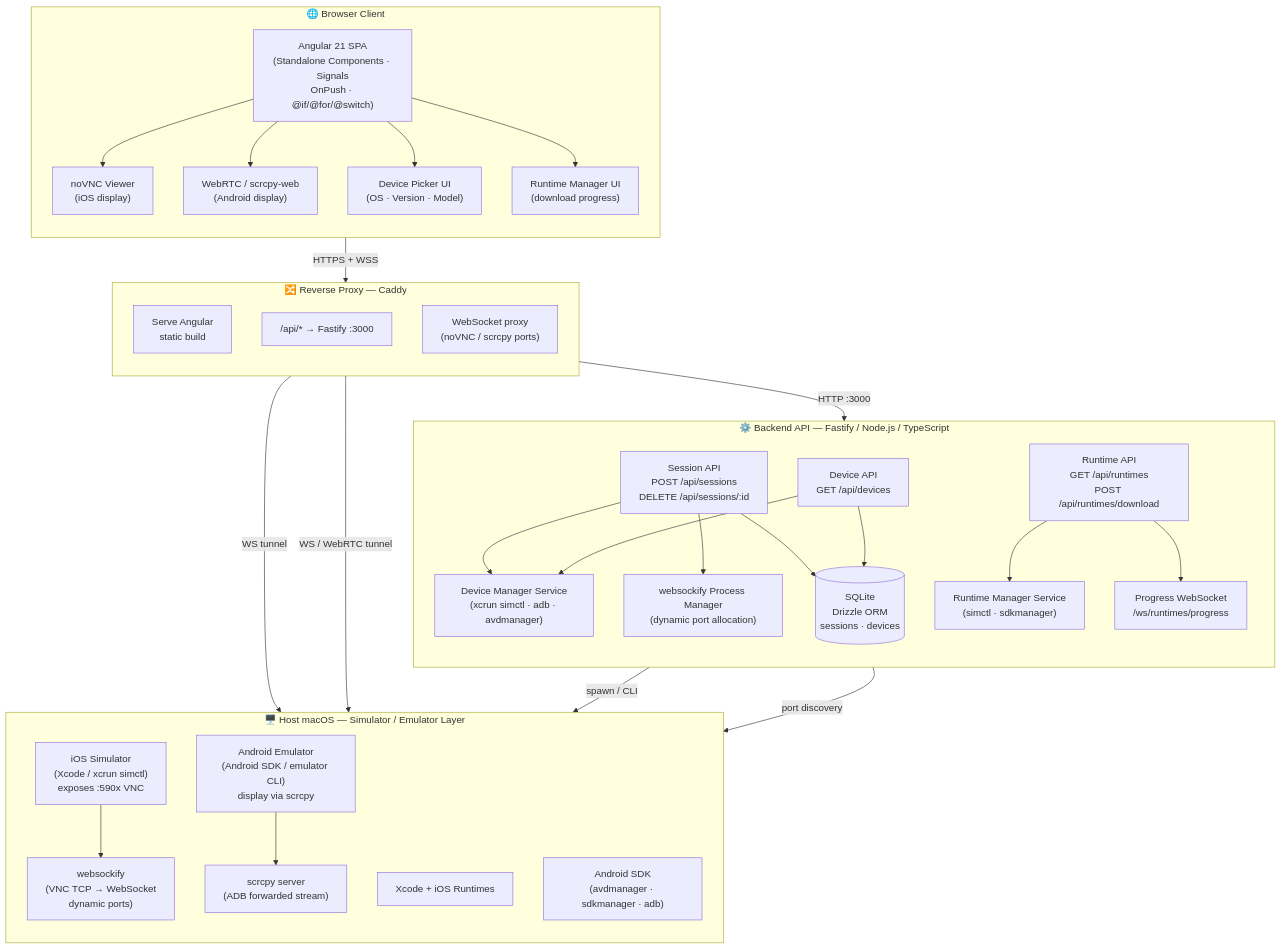
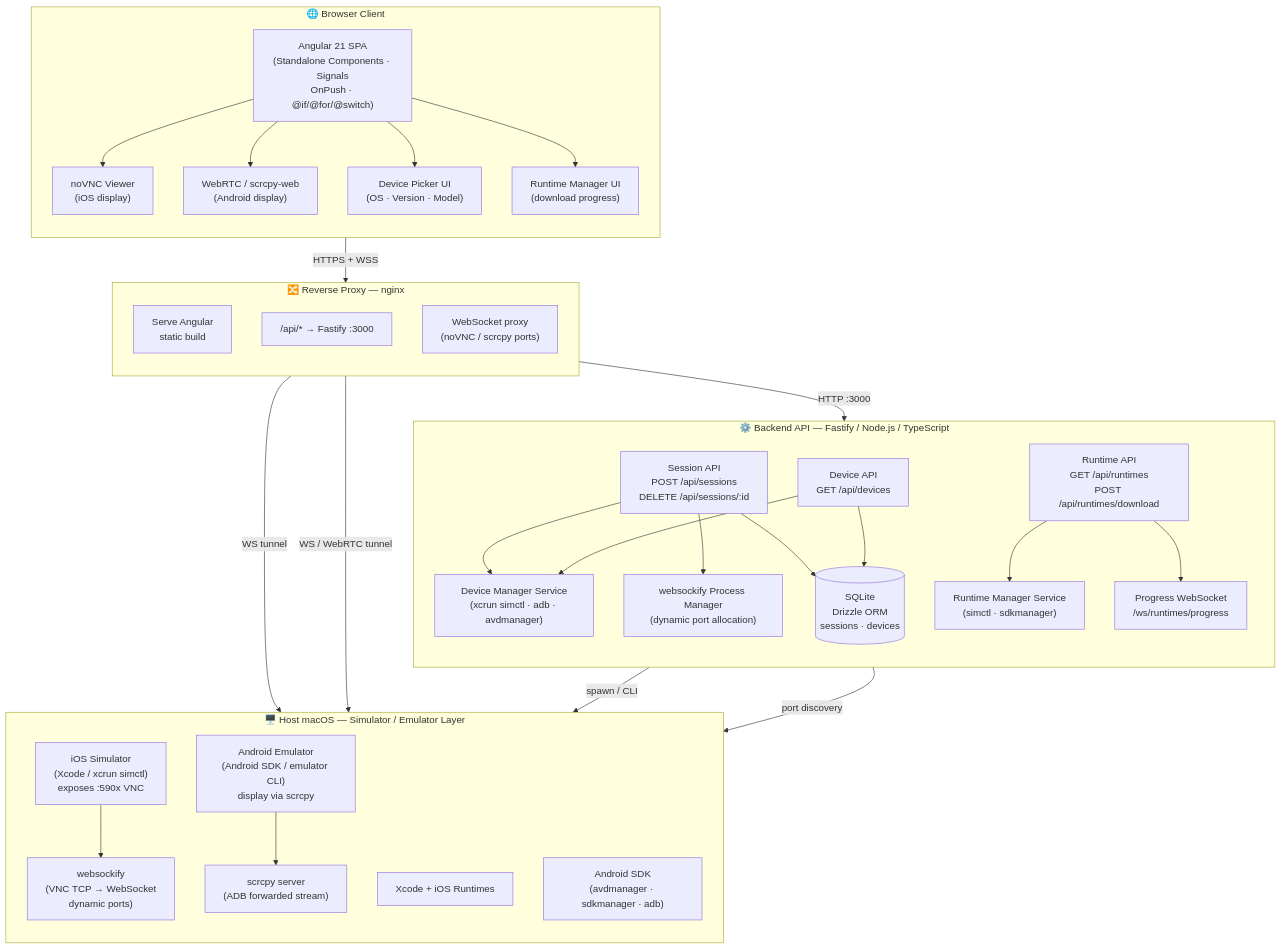
Before and after one commit to xrolfex/web-mobile-simulator: the first of 4 diagrams in docs/architecture/ARCHITECTURE.md, drawn with Mermaid. The commit also changed other lines of this file and 36 other files, not shown here.

````diff
--- a/docs/architecture/ARCHITECTURE.md
+++ b/docs/architecture/ARCHITECTURE.md
@@ -24,60 +24,60 @@
 ```mermaid
 flowchart TD
     subgraph Browser["🌐 Browser Client"]
         direction TB
         Angular["Angular 21 SPA\n(Standalone Components · Signals\nOnPush · @if/@for/@switch)"]
         noVNC["noVNC Viewer\n(iOS display)"]
         scrcpyWS["WebRTC / scrcpy-web\n(Android display)"]
         DevicePicker["Device Picker UI\n(OS · Version · Model)"]
         RuntimeMgr_UI["Runtime Manager UI\n(download progress)"]
         Angular --> noVNC
         Angular --> scrcpyWS
         Angular --> DevicePicker
         Angular --> RuntimeMgr_UI
     end
 
-    subgraph Caddy["🔀 Reverse Proxy — Caddy"]
+    subgraph Nginx["🔀 Reverse Proxy — nginx"]
         direction TB
         StaticServe["Serve Angular\nstatic build"]
         APIProxy["/api/* → Fastify :3000"]
         WSProxy["WebSocket proxy\n(noVNC / scrcpy ports)"]
     end
 
     subgraph Fastify["⚙️ Backend API — Fastify / Node.js / TypeScript"]
         direction TB
         SessionAPI["Session API\nPOST /api/sessions\nDELETE /api/sessions/:id"]
         DeviceAPI["Device API\nGET /api/devices"]
         RuntimeAPI["Runtime API\nGET /api/runtimes\nPOST /api/runtimes/download"]
         ProgressWS["Progress WebSocket\n/ws/runtimes/progress"]
         DeviceMgr["Device Manager Service\n(xcrun simctl · adb · avdmanager)"]
         RuntimeMgr["Runtime Manager Service\n(simctl · sdkmanager)"]
         WsockifyMgr["websockify Process Manager\n(dynamic port allocation)"]
         DB[("SQLite\nDrizzle ORM\nsessions · devices")]
         SessionAPI --> DeviceMgr
         SessionAPI --> WsockifyMgr
         SessionAPI --> DB
         DeviceAPI --> DeviceMgr
         DeviceAPI --> DB
         RuntimeAPI --> RuntimeMgr
         RuntimeAPI --> ProgressWS
     end
 
     subgraph Host["🖥️ Host macOS — Simulator / Emulator Layer"]
         direction TB
         iOSSim["iOS Simulator\n(Xcode / xcrun simctl)\nexposes :590x VNC"]
         AndroidEmu["Android Emulator\n(Android SDK / emulator CLI)\ndisplay via scrcpy"]
         Websockify["websockify\n(VNC TCP → WebSocket\ndynamic ports)"]
         ScrcpyProc["scrcpy server\n(ADB forwarded stream)"]
         Xcode["Xcode + iOS Runtimes"]
         AndroidSDK["Android SDK\n(avdmanager · sdkmanager · adb)"]
         iOSSim --> Websockify
         AndroidEmu --> ScrcpyProc
     end
 
-    Browser -- "HTTPS + WSS" --> Caddy
-    Caddy -- "HTTP :3000" --> Fastify
-    Caddy -- "WS tunnel" --> Websockify
-    Caddy -- "WS / WebRTC tunnel" --> ScrcpyProc
+    Browser -- "HTTPS + WSS" --> Nginx
+    Nginx -- "HTTP :3000" --> Fastify
+    Nginx -- "WS tunnel" --> Websockify
+    Nginx -- "WS / WebRTC tunnel" --> ScrcpyProc
     Fastify -- "spawn / CLI" --> Host
     Fastify -- "port discovery" --> Websockify
 ```
````
